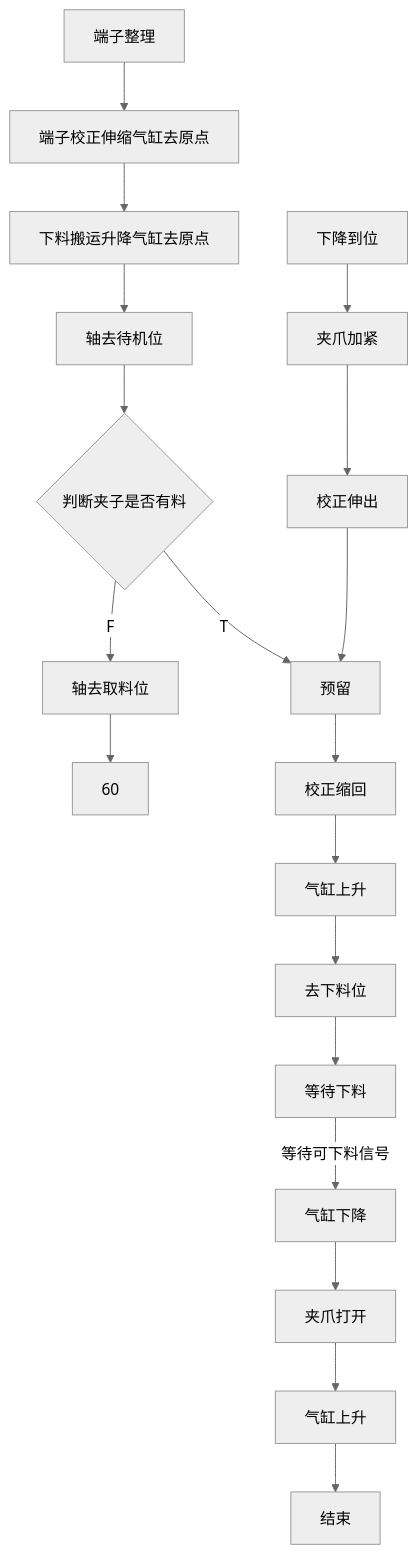
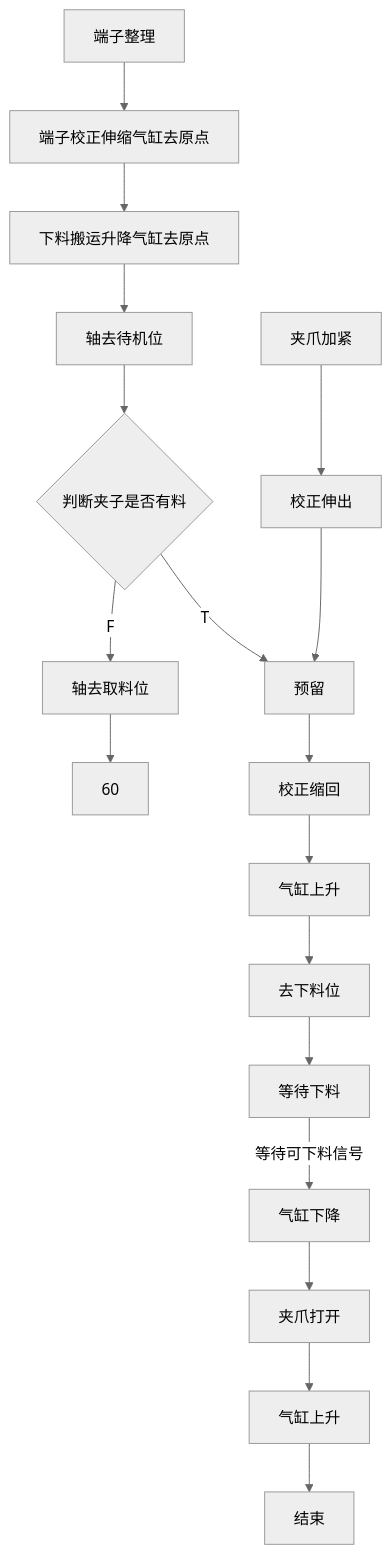
One commit to zmq000/iodraw-files changed the diagram in all/VR-OP90端子整理.md. Above: the diagram before and after it, drawn with Mermaid (neutral theme).

Commit message:
2026-06-18 11:05:42 update

````diff
--- a/all/VR-OP90端子整理.md
+++ b/all/VR-OP90端子整理.md
@@ -1,26 +1,26 @@
 ```mermaid
 graph TD
 0[端子整理]-->10
 10[端子校正伸缩气缸去原点]-->20
 20[下料搬运升降气缸去原点]-->30
 30[轴去待机位]-->40
 40{判断夹子是否有料}-->|T|100
 40-->|F|50
 50[轴去取料位]-->60
 %% 60[夹爪打开]-->70
-70[下降到位]-->80
+%% 70[下降到位]-->80
 80[夹爪加紧]-->90
 90[校正伸出]-->100
 100[预留]-->110
 110[校正缩回]-->120
 120[气缸上升]-->130
 130[去下料位]-->140
 140[等待下料]-->|等待可下料信号|150
 150[气缸下降]-->160
 160[夹爪打开]-->170
 170[气缸上升]-->180
 180[结束]
 
 
   
 ```
````
